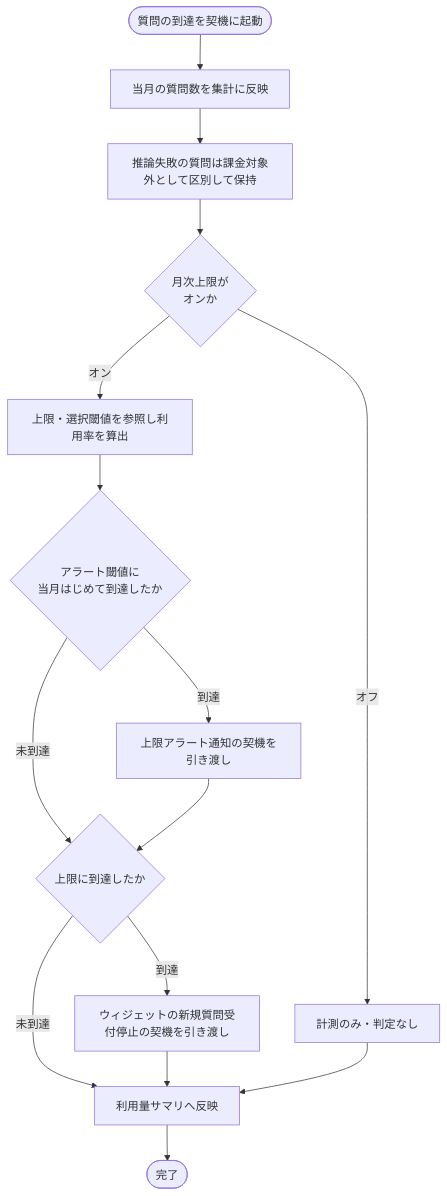
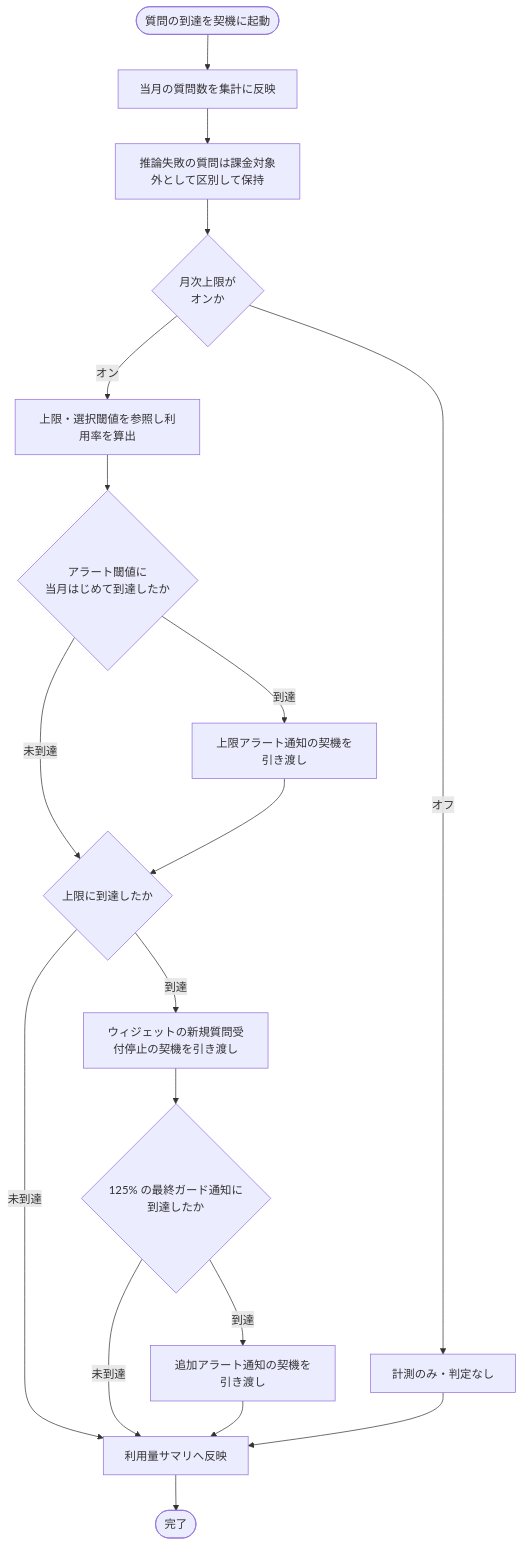
Before and after one commit to sikakou54/open-faq: the diagram in 02_basic_design/02_backend/01_system/SYS-016.md, drawn with Mermaid. The commit also changed other lines of this file and 11 other files, not shown here.

````diff
--- a/02_basic_design/02_backend/01_system/SYS-016.md
+++ b/02_basic_design/02_backend/01_system/SYS-016.md
@@ -23,17 +23,20 @@
 ```mermaid
 flowchart TB
   S([質問の到達を契機に起動]) --> A[当月の質問数を集計に反映]
   A --> B[推論失敗の質問は課金対象外として区別して保持]
   B --> C{月次上限が<br/>オンか}
   C -- オン --> D[上限・選択閾値を参照し利用率を算出]
   D --> E{アラート閾値に<br/>当月はじめて到達したか}
   E -- 到達 --> F[上限アラート通知の契機を引き渡し]
   E -- 未到達 --> G{上限に到達したか}
   F --> G
   G -- 到達 --> H[ウィジェットの新規質問受付停止の契機を引き渡し]
   G -- 未到達 --> I[利用量サマリへ反映]
-  H --> I
+  H --> L{125% の最終ガード通知に<br/>到達したか}
+  L -- 到達 --> M[追加アラート通知の契機を引き渡し]
+  L -- 未到達 --> I
+  M --> I
   C -- オフ --> J[計測のみ・判定なし]
   J --> I
   I --> K([完了])
 ```
````
